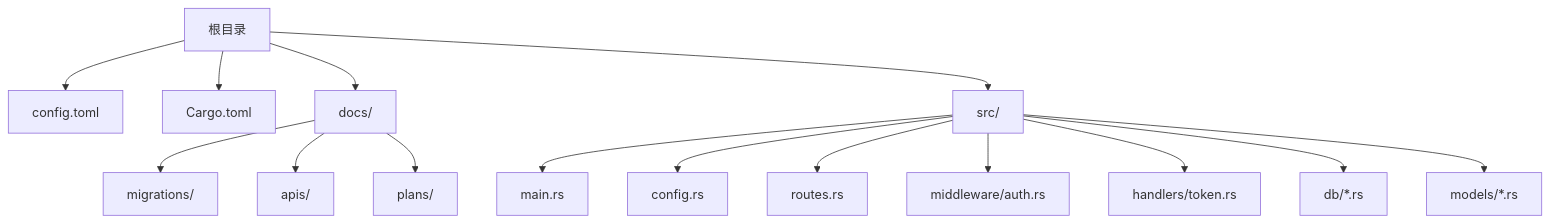
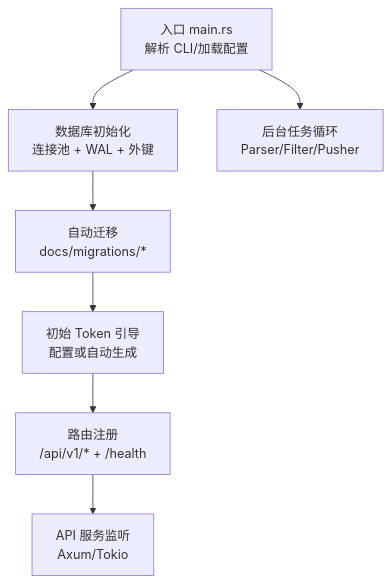
The first of 7 diagrams in .qoder/repowiki/zh/content/快速开始.md (leimu-hue/AI-Trend-Tool), drawn with Mermaid before and after one commit. The commit also changed other lines of this file and 118 other files, not shown here.

````diff
--- a/.qoder/repowiki/zh/content/快速开始.md
+++ b/.qoder/repowiki/zh/content/快速开始.md
@@ -37,17 +48,9 @@
 ```mermaid
 graph TB
-A["根目录"] --> B["config.toml"]
-A --> C["Cargo.toml"]
-A --> D["docs/"]
-A --> E["src/"]
-D --> D1["migrations/"]
-D --> D2["apis/"]
-D --> D3["plans/"]
-E --> E1["main.rs"]
-E --> E2["config.rs"]
-E --> E3["routes.rs"]
-E --> E4["middleware/auth.rs"]
-E --> E5["handlers/token.rs"]
-E --> E6["db/*.rs"]
-E --> E7["models/*.rs"]
+A["入口 main.rs<br/>解析 CLI/加载配置"] --> B["数据库初始化<br/>连接池 + WAL + 外键"]
+B --> C["自动迁移<br/>docs/migrations/*"]
+C --> D["初始 Token 引导<br/>配置或自动生成"]
+D --> E["路由注册<br/>/api/v1/* + /health"]
+E --> F["API 服务监听<br/>Axum/Tokio"]
+A --> G["后台任务循环<br/>Parser/Filter/Pusher"]
 ```
````
